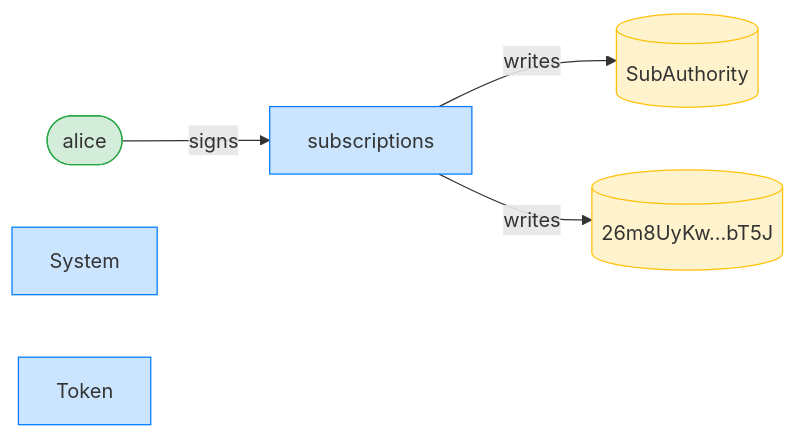
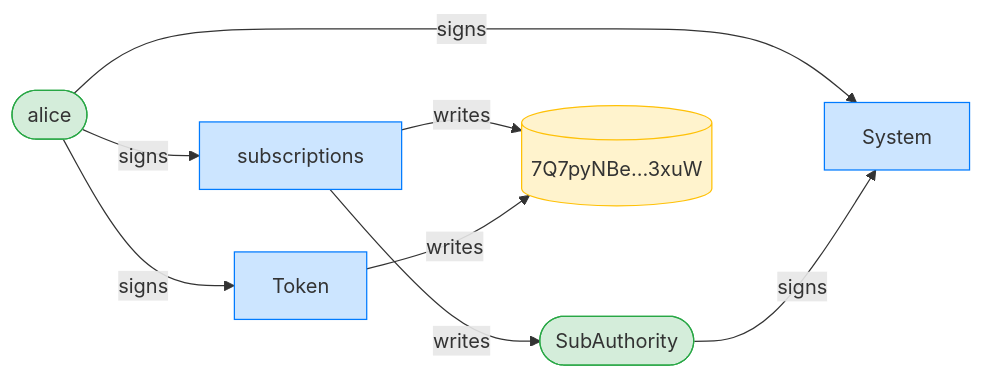
The third of 12 diagrams in dsl_tests/recurring-transfer-rejects-a-non-canonical-source.md (cds-rs/subscriptions), drawn with Mermaid before and after one commit. The commit also changed other lines of this file and 224 other files, not shown here.

````diff
--- a/dsl_tests/recurring-transfer-rejects-a-non-canonical-source.md
+++ b/dsl_tests/recurring-transfer-rejects-a-non-canonical-source.md
@@ -55,15 +56,19 @@
 ```mermaid
 flowchart LR
     classDef signer fill:#d4edda,stroke:#28a745;
     classDef program fill:#cce5ff,stroke:#007bff;
     classDef writable fill:#fff3cd,stroke:#ffc107;
     subscriptions[subscriptions]:::program
     alice([alice]):::signer
-    SubAuthority[(SubAuthority)]:::writable
-    26m8UyKw_bT5J[("26m8UyKw…bT5J")]:::writable
+    SubAuthority([SubAuthority]):::signer
+    7Q7pyNBe_3xuW[("7Q7pyNBe…3xuW")]:::writable
     System[System]:::program
     Token[Token]:::program
     alice -->|signs| subscriptions
+    alice -->|signs| System
+    SubAuthority -->|signs| System
+    alice -->|signs| Token
     subscriptions -->|writes| SubAuthority
-    subscriptions -->|writes| 26m8UyKw_bT5J
+    subscriptions -->|writes| 7Q7pyNBe_3xuW
+    Token -->|writes| 7Q7pyNBe_3xuW
 ```
````
